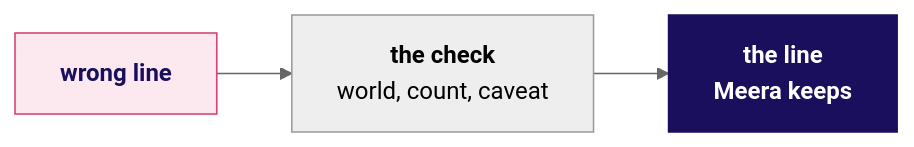
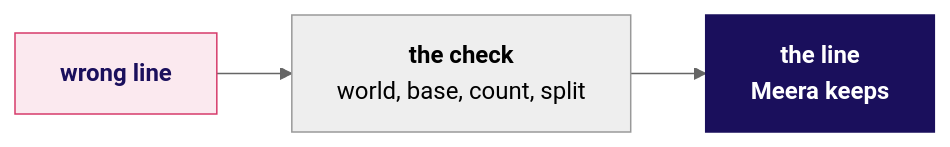
The ninth of 15 diagrams in content/W01/D4/slides/C2_W01_D04_half2_STUDENT.md (fde-academy-lab/c2-content-factory), drawn with Mermaid (neutral theme) before and after one commit. The commit also changed other lines of this file and 13 other files, not shown here.

````diff
--- a/content/W01/D4/slides/C2_W01_D04_half2_STUDENT.md
+++ b/content/W01/D4/slides/C2_W01_D04_half2_STUDENT.md
@@ -174,8 +351,8 @@
 ```mermaid
 flowchart LR
-    W["<b>wrong line</b>"] --> C["<b>the check</b><br/>world, count, caveat"] --> R["<b>the line<br/>Meera keeps</b>"]
+    W["<b>wrong line</b>"] --> C["<b>the check</b><br/>world, base, count, split"] --> R["<b>the line<br/>Meera keeps</b>"]
     classDef bad fill:#FBE9EF,stroke:#D63A6A,color:#1A0F5C
     classDef bet fill:#1A0F5C,stroke:#1A0F5C,color:#FFFFFF
     class W bad
     class R bet
 ```
````
